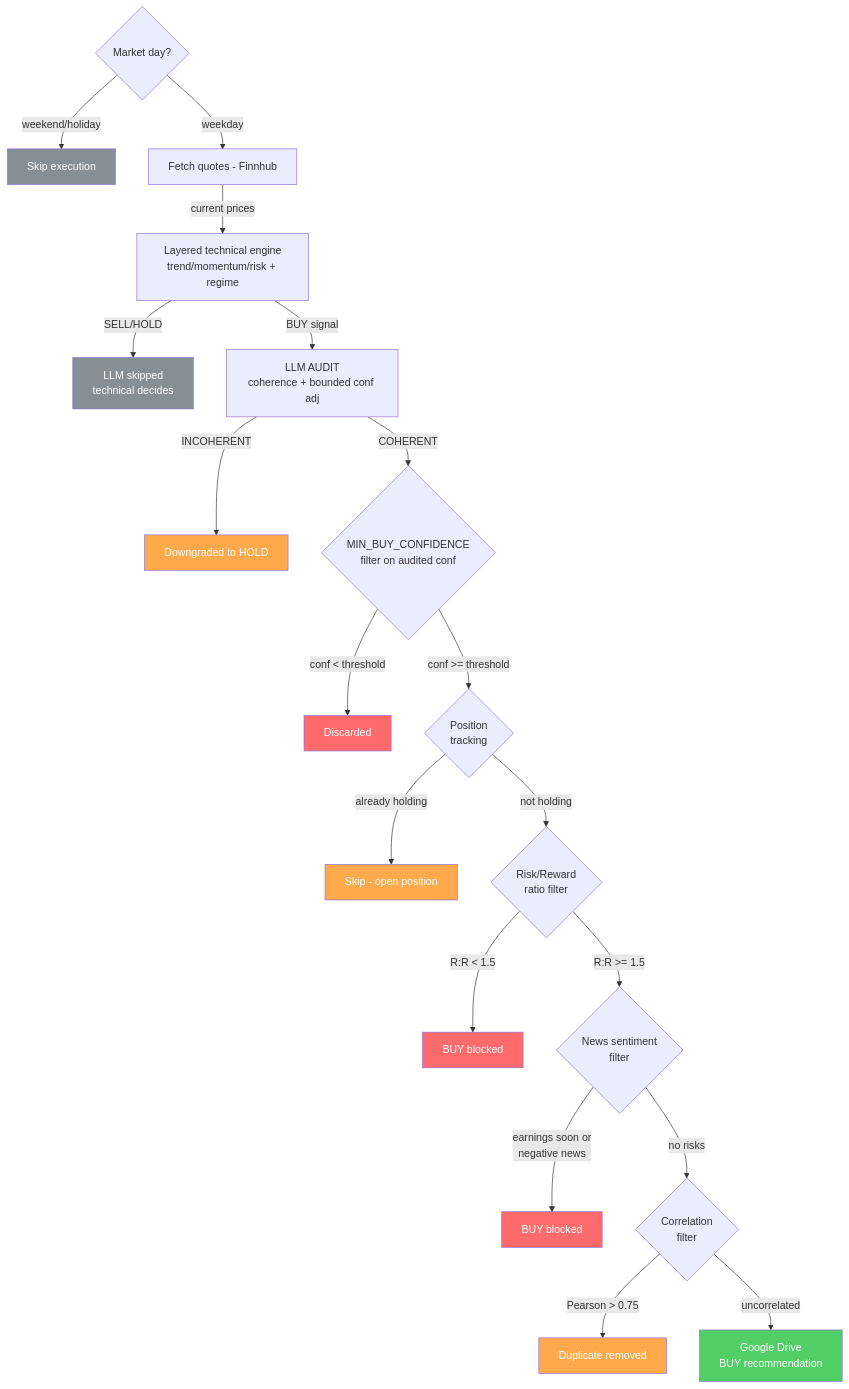
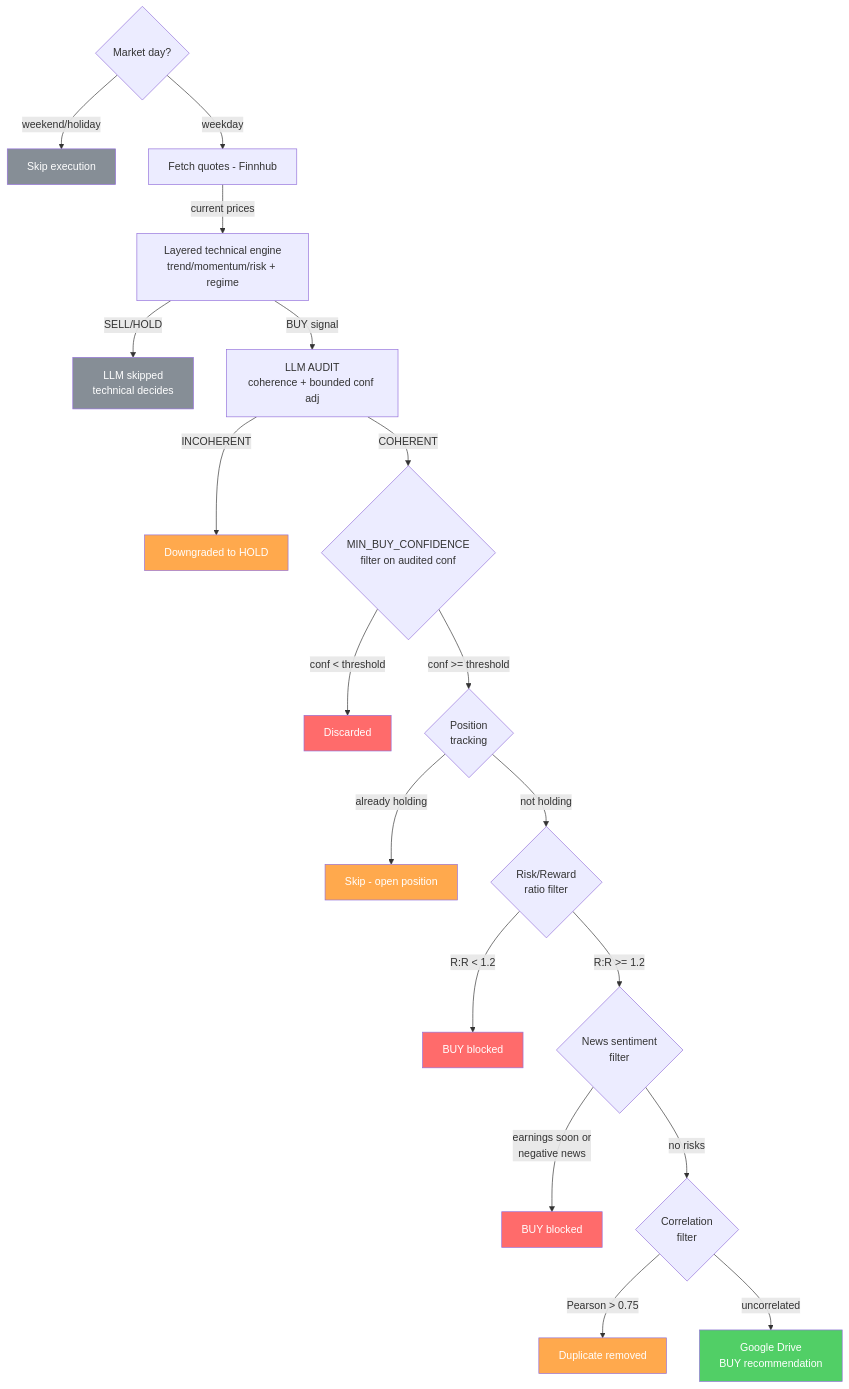
Before and after one commit to manu-gt-hub/trading_advisor: the diagram in README.md, drawn with Mermaid. The commit also changed other lines of this file and 1 other file, not shown here.

````diff
--- a/README.md
+++ b/README.md
@@ -137,30 +138,30 @@
 ```mermaid
 flowchart TD
     Z{Market day?} -->|weekend/holiday| X0[Skip execution]
     Z -->|weekday| A[Fetch quotes - Finnhub]
     A -->|current prices| B[Layered technical engine<br>trend/momentum/risk + regime]
     B -->|SELL/HOLD| S[LLM skipped<br>technical decides]
     B -->|BUY signal| D[LLM AUDIT<br>coherence + bounded conf adj]
     D -->|INCOHERENT| X2[Downgraded to HOLD]
     D -->|COHERENT| C{MIN_BUY_CONFIDENCE<br>filter on audited conf}
     C -->|conf < threshold| X1[Discarded]
     C -->|conf >= threshold| P{Position<br>tracking}
     P -->|already holding| X6[Skip - open position]
     P -->|not holding| RR{Risk/Reward<br>ratio filter}
-    RR -->|R:R < 1.5| X5[BUY blocked]
-    RR -->|R:R >= 1.5| F{News sentiment<br>filter}
+    RR -->|R:R < 1.2| X5[BUY blocked]
+    RR -->|R:R >= 1.2| F{News sentiment<br>filter}
     F -->|earnings soon or<br>negative news| X3[BUY blocked]
     F -->|no risks| G{Correlation<br>filter}
     G -->|Pearson > 0.75| X4[Duplicate removed]
     G -->|uncorrelated| H[Google Drive<br>BUY recommendation]
 
     style X0 fill:#868e96,color:#fff
     style X1 fill:#ff6b6b,color:#fff
     style X2 fill:#ffa94d,color:#fff
     style X3 fill:#ff6b6b,color:#fff
     style X4 fill:#ffa94d,color:#fff
     style X5 fill:#ff6b6b,color:#fff
     style X6 fill:#ffa94d,color:#fff
     style S fill:#868e96,color:#fff
     style H fill:#51cf66,color:#fff
 ```
````
